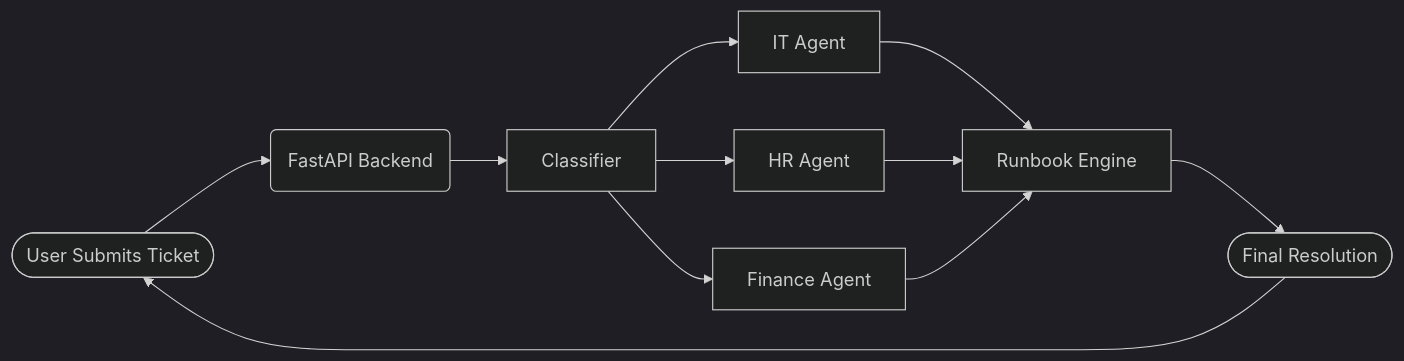
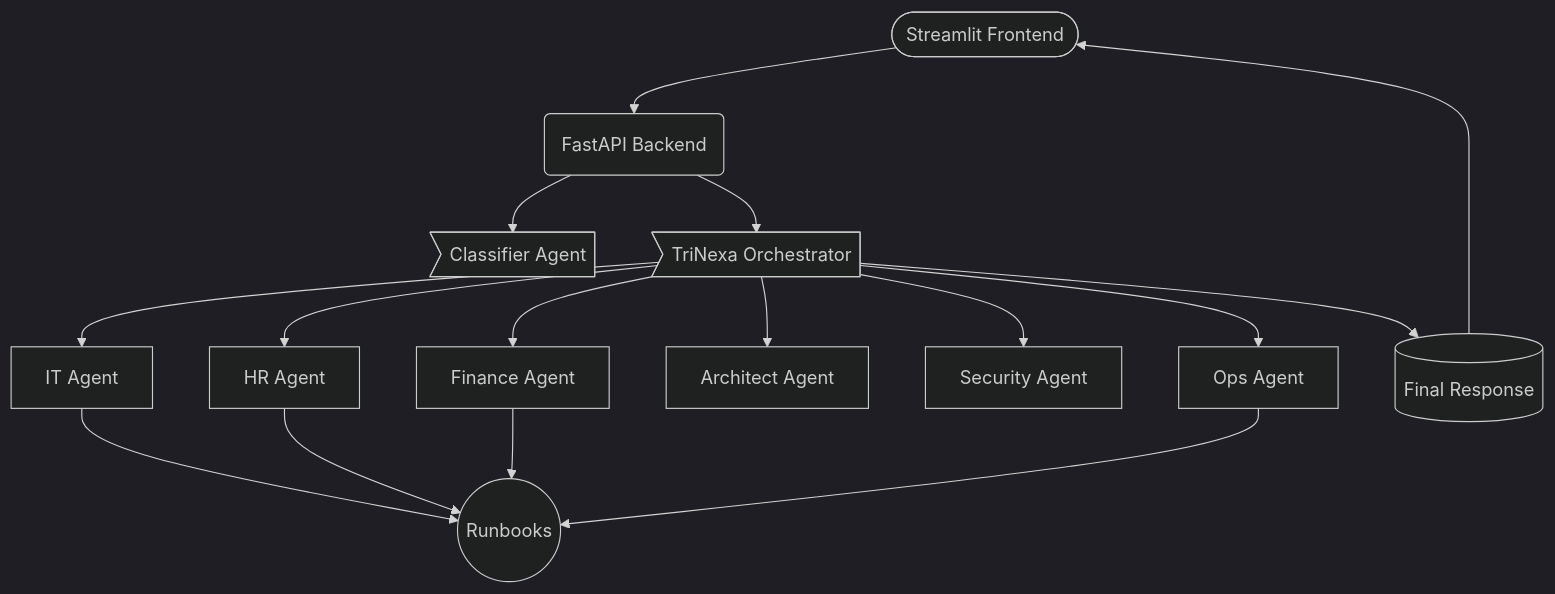
The diagram in README.md (TriResolve-AI/triresolve-service-desk), drawn with Mermaid (dark theme) before and after one commit. The commit also changed other lines of this file, not shown here.

````diff
--- a/README.md
+++ b/README.md
@@ -22,13 +24,21 @@
 ```mermaid
-flowchart LR
-		User([User Submits Ticket]) --> API(FastAPI Backend)
-		API --> Classifier
-		Classifier --> IT[IT Agent]
-		Classifier --> HR[HR Agent]
-		Classifier --> FIN[Finance Agent]
-		IT --> RB[Runbook Engine]
-		HR --> RB
-		FIN --> RB
-		RB --> Resolution([Final Resolution])
-		Resolution --> User
+flowchart TD
+    UI([Streamlit Frontend]) --> API(FastAPI Backend)
+    API --> Classifier>Classifier Agent]
+    API --> Orchestrator>TriNexa Orchestrator]
+
+    Orchestrator --> IT[IT Agent]
+    Orchestrator --> HR[HR Agent]
+    Orchestrator --> FIN[Finance Agent]
+    Orchestrator --> ARCH[Architect Agent]
+    Orchestrator --> SEC[Security Agent]
+    Orchestrator --> OPS[Ops Agent]
+
+    IT --> RB((Runbooks))
+    HR --> RB
+    FIN --> RB
+    OPS --> RB
+
+    Orchestrator --> Final[(Final Response)]
+    Final --> UI
 ```
````
